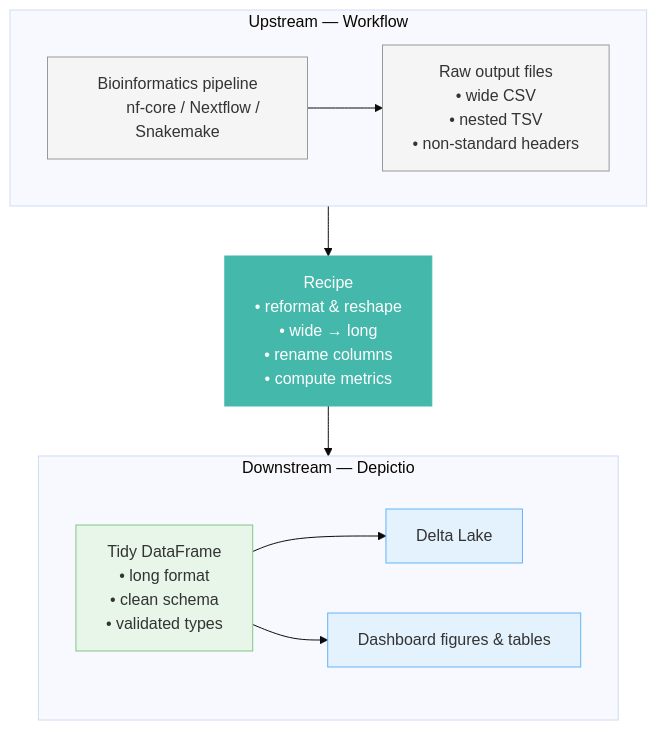
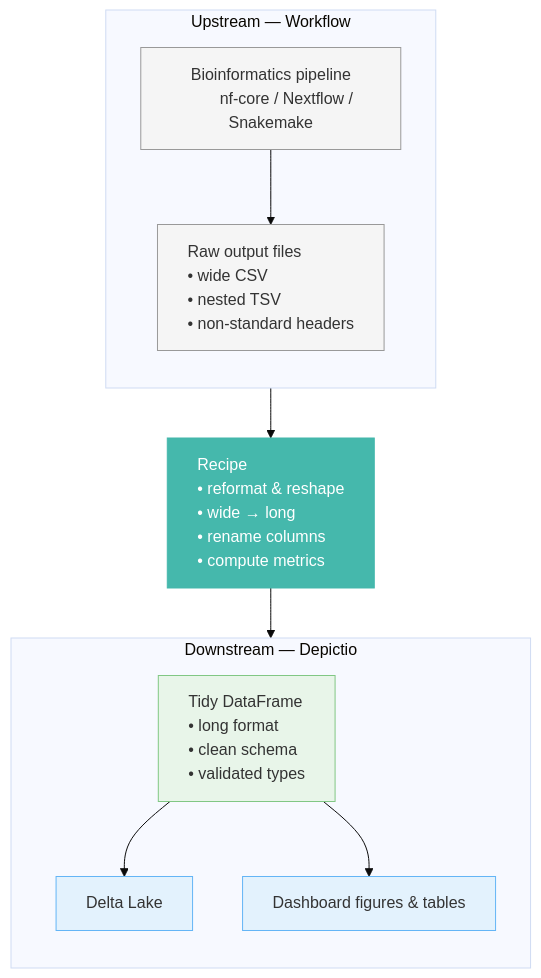
One commit to depictio/depictio-docs changed the diagram in docs/usage/projects/recipes.md. Above: the diagram before and after it, drawn with Mermaid (base theme).

Commit message:
Fix recipes diagram: left-align bullet nodes, direction TD in subgraphs

````diff
--- a/docs/usage/projects/recipes.md
+++ b/docs/usage/projects/recipes.md
@@ -5,36 +5,41 @@
 ```mermaid
 flowchart TD
+    classDef leftText text-align:left
+
     subgraph up["Upstream — Workflow"]
+        direction TD
         W["Bioinformatics pipeline
         nf-core / Nextflow / Snakemake"]
         W --> R["Raw output files
         • wide CSV
         • nested TSV
         • non-standard headers"]
     end
 
     T["Recipe
     • reformat & reshape
     • wide → long
     • rename columns
     • compute metrics"]
 
     subgraph down["Downstream — Depictio"]
+        direction TD
         D["Tidy DataFrame
         • long format
         • clean schema
         • validated types"]
         D --> DL["Delta Lake"]
         D --> V["Dashboard figures & tables"]
     end
 
     up --> T
     T --> down
 
     style W fill:#f5f5f5,stroke:#999
     style R fill:#f5f5f5,stroke:#999
     style T fill:#45B8AC,color:#fff,stroke:#45B8AC
     style D fill:#e8f5e9,stroke:#81c784
     style DL fill:#e3f2fd,stroke:#64b5f6
     style V fill:#e3f2fd,stroke:#64b5f6
+    class R,T,D leftText
 ```
````
